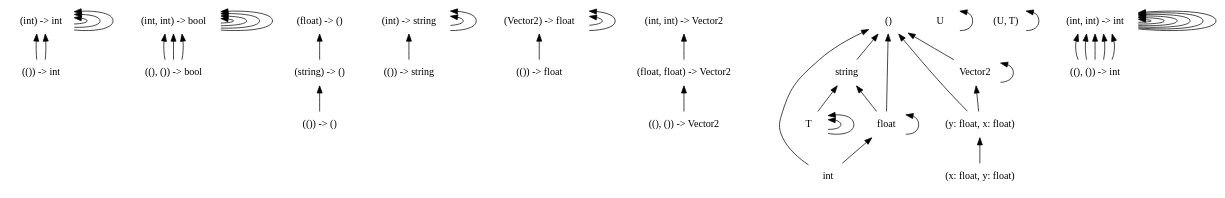
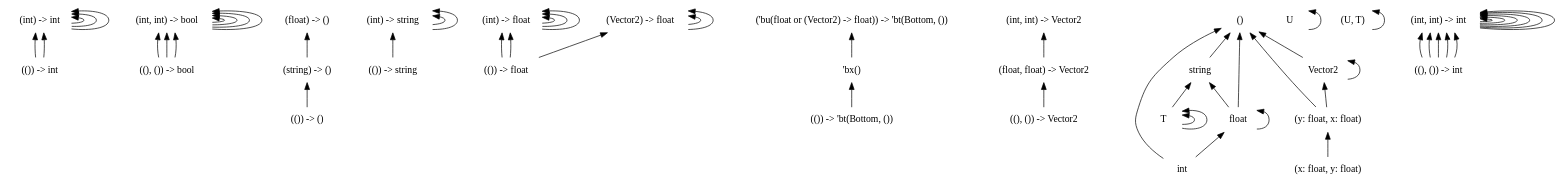
One commit to chocobo333/regino changed the diagram in dots/4.dot. Above: the diagram before and after it, drawn with Graphviz. The commit also changed 6 other files, not shown here.

```diff
--- a/dots/4.dot
+++ b/dots/4.dot
@@ -1,87 +1,98 @@
 digraph order {
   graph [
     size = "30,10"
     ];
   node [
     shape = none
     ];
   edge [
     dir = back
     ];
   "(()) -> int"
   "(int) -> int"
   "((), ()) -> bool"
   "(int, int) -> bool"
   "(()) -> ()"
   "(string) -> ()"
   "(()) -> string"
   "(int) -> string"
   "(()) -> float"
+  "(int) -> float"
+  "(()) -> 'bt(Bottom, ())"
   "(Vector2) -> float"
   "((), ()) -> Vector2"
   "(float, float) -> Vector2"
   "(float) -> ()"
-  "(int, int) -> Vector2"
   "string"
   "Vector2"
+  "('bu(float or (Vector2) -> float)) -> 'bt(Bottom, ())"
+  "(int, int) -> Vector2"
   "(y: float, x: float)"
   "T"
   "U"
   "T"
   "T"
   "()"
   "(U, T)"
+  "'bx()"
   "float"
   "int"
   "((), ()) -> int"
   "(int, int) -> int"
   "(float, float) -> Vector2" -> "((), ()) -> Vector2"
   "(int, int) -> Vector2" -> "(float, float) -> Vector2"
   "(int, int) -> int" -> "((), ()) -> int"
   "(int, int) -> int" -> "((), ()) -> int"
   "(int, int) -> int" -> "((), ()) -> int"
   "(int, int) -> int" -> "(int, int) -> int"
   "(int, int) -> int" -> "((), ()) -> int"
   "(int, int) -> int" -> "((), ()) -> int"
   "(int, int) -> int" -> "(int, int) -> int"
   "(int) -> int" -> "(int) -> int"
   "(int) -> int" -> "(()) -> int"
   "(int) -> int" -> "(()) -> int"
   "(int) -> int" -> "(int) -> int"
   "(int, int) -> int" -> "(int, int) -> int"
   "(int) -> int" -> "(int) -> int"
   "(int, int) -> int" -> "(int, int) -> int"
   "(int, int) -> bool" -> "((), ()) -> bool"
   "(int, int) -> bool" -> "(int, int) -> bool"
   "(int, int) -> bool" -> "((), ()) -> bool"
   "(int, int) -> bool" -> "((), ()) -> bool"
   "(int, int) -> bool" -> "(int, int) -> bool"
   "(int, int) -> bool" -> "(int, int) -> bool"
   "(int) -> string" -> "(()) -> string"
   "(int) -> string" -> "(int) -> string"
   "(int) -> string" -> "(int) -> string"
   "(string) -> ()" -> "(()) -> ()"
   "string" -> "T"
   "string" -> "float"
   "Vector2" -> "Vector2"
   "Vector2" -> "(y: float, x: float)"
   "(float) -> ()" -> "(string) -> ()"
   "(int, int) -> bool" -> "(int, int) -> bool"
   "(int, int) -> int" -> "(int, int) -> int"
   "(int, int) -> int" -> "(int, int) -> int"
+  "(int) -> float" -> "(()) -> float"
+  "(int) -> float" -> "(()) -> float"
+  "(int) -> float" -> "(int) -> float"
+  "(int) -> float" -> "(int) -> float"
+  "(int) -> float" -> "(int) -> float"
+  "('bu(float or (Vector2) -> float)) -> 'bt(Bottom, ())" -> "'bx()"
   "(y: float, x: float)" -> "(x: float, y: float)"
   "T" -> "T"
   "U" -> "U"
   "T" -> "T"
   "()" -> "string"
   "()" -> "Vector2"
   "()" -> "(y: float, x: float)"
   "()" -> "float"
   "()" -> "int"
   "(U, T)" -> "(U, T)"
+  "'bx()" -> "(()) -> 'bt(Bottom, ())"
   "float" -> "float"
   "float" -> "int"
   "(Vector2) -> float" -> "(()) -> float"
   "(Vector2) -> float" -> "(Vector2) -> float"
   "(Vector2) -> float" -> "(Vector2) -> float"
 }
```
